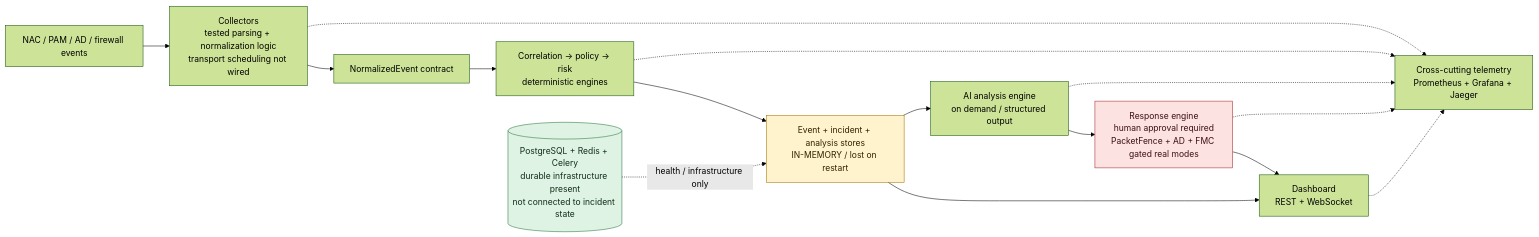
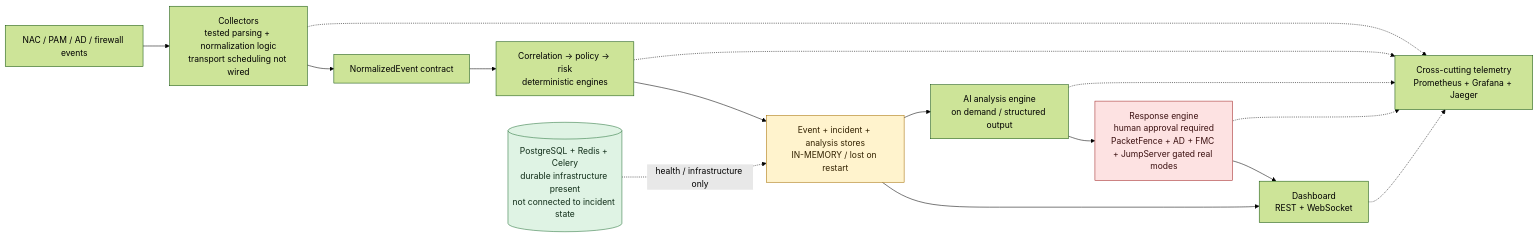
Before and after one commit to dnzgrkn/WardHound: the diagram in README.md, drawn with Mermaid (forest theme). The commit also changed other lines of this file and 2 other files, not shown here.

Commit message:
docs: record JumpServer termination safety boundary

````diff
--- a/README.md
+++ b/README.md
@@ -13,30 +13,30 @@
 ```mermaid
 flowchart LR
     Sources["NAC / PAM / AD / firewall events"]
     Collectors["Collectors<br/>tested parsing + normalization logic<br/>transport scheduling not wired"]
     Normalize["NormalizedEvent contract"]
     Engines["Correlation → policy → risk<br/>deterministic engines"]
     Store["Event + incident + analysis stores<br/>IN-MEMORY / lost on restart"]
     AI["AI analysis engine<br/>on demand / structured output"]
-    Response["Response engine<br/>human approval required<br/>PacketFence + AD + FMC gated real modes"]
+    Response["Response engine<br/>human approval required<br/>PacketFence + AD + FMC + JumpServer gated real modes"]
     Dashboard["Dashboard<br/>REST + WebSocket"]
     Infra[("PostgreSQL + Redis + Celery<br/>durable infrastructure present<br/>not connected to incident state")]
     Telemetry["Cross-cutting telemetry<br/>Prometheus + Grafana + Jaeger"]
 
     Sources --> Collectors --> Normalize --> Engines --> Store
     Store --> AI --> Response --> Dashboard
     Store --> Dashboard
     Infra -. "health / infrastructure only" .-> Store
     Collectors -.-> Telemetry
     Engines -.-> Telemetry
     AI -.-> Telemetry
     Response -.-> Telemetry
     Dashboard -.-> Telemetry
 
     classDef memory fill:#fff3cd,stroke:#a66f00,color:#332200;
     classDef simulated fill:#fde2e2,stroke:#a12828,color:#3b1010;
     classDef durable fill:#dff3e4,stroke:#26733a,color:#102d18;
     class Store memory;
     class Response simulated;
     class Infra durable;
 ```
````
